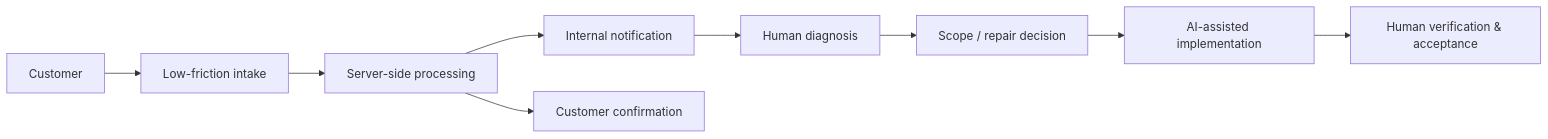
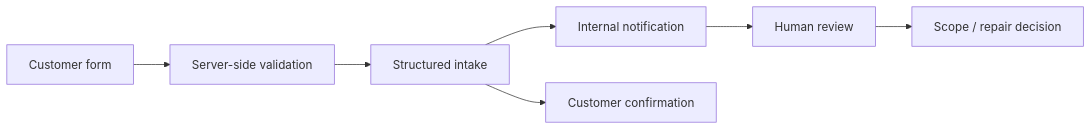
The third of 4 diagrams in portfolio/README.md (donzpixelz/donzpixelz), drawn with Mermaid before and after one commit. The commit also changed other lines of this file and 4 other files, not shown here.

````diff
--- a/portfolio/README.md
+++ b/portfolio/README.md
@@ -121,11 +79,9 @@
 ```mermaid
 flowchart LR
-    A[Customer] --> B[Low-friction intake]
-    B --> C[Server-side processing]
+    A[Customer form] --> B[Server-side validation]
+    B --> C[Structured intake]
     C --> D[Internal notification]
     C --> E[Customer confirmation]
-    D --> F[Human diagnosis]
+    D --> F[Human review]
     F --> G[Scope / repair decision]
-    G --> H[AI-assisted implementation]
-    H --> I[Human verification & acceptance]
 ```
````
